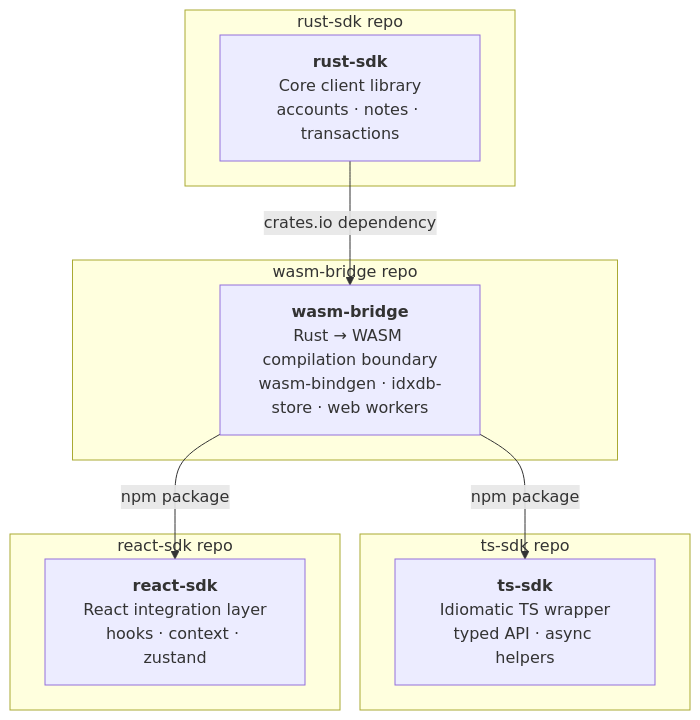
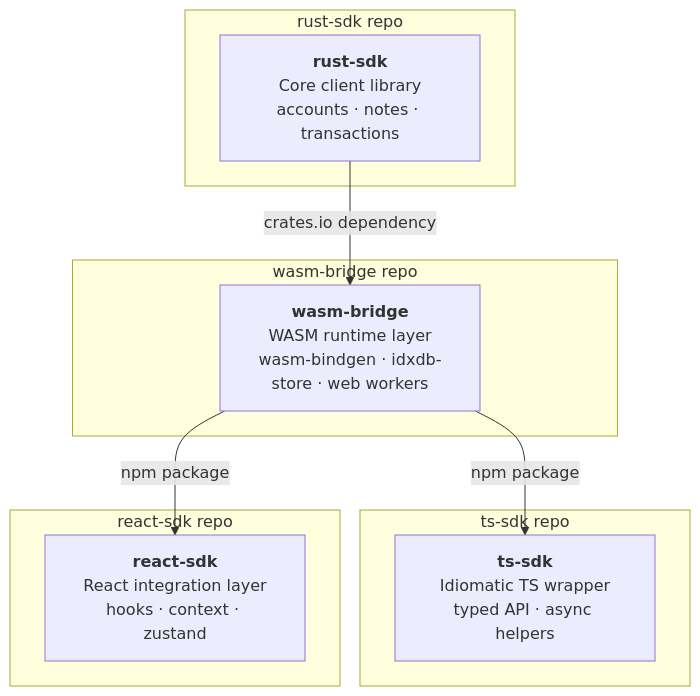
The diagram in README.md (0xMiden/miden-client), drawn with Mermaid before and after one commit. The commit also changed other lines of this file, not shown here.

Commit message:
docs: reframe wasm-bridge as WASM runtime layer, remove rationale duplication

````diff
--- a/README.md
+++ b/README.md
@@ -19,22 +19,22 @@
 ```mermaid
 graph TB
     subgraph rust-sdk-repo["rust-sdk repo"]
         rust-sdk["<b>rust-sdk</b><br/>Core client library<br/>accounts · notes · transactions"]
     end
 
     subgraph wasm-bridge-repo["wasm-bridge repo"]
-        wasm-bridge["<b>wasm-bridge</b><br/>Rust → WASM compilation boundary<br/>wasm-bindgen · idxdb-store · web workers"]
+        wasm-bridge["<b>wasm-bridge</b><br/>WASM runtime layer<br/>wasm-bindgen · idxdb-store · web workers"]
     end
 
     subgraph ts-sdk-repo["ts-sdk repo"]
         ts-sdk["<b>ts-sdk</b><br/>Idiomatic TS wrapper<br/>typed API · async helpers"]
     end
 
     subgraph react-sdk-repo["react-sdk repo"]
         react-sdk["<b>react-sdk</b><br/>React integration layer<br/>hooks · context · zustand"]
     end
 
     rust-sdk -- "crates.io dependency" --> wasm-bridge
     wasm-bridge -- "npm package" --> ts-sdk
     wasm-bridge -- "npm package" --> react-sdk
 ```
````
